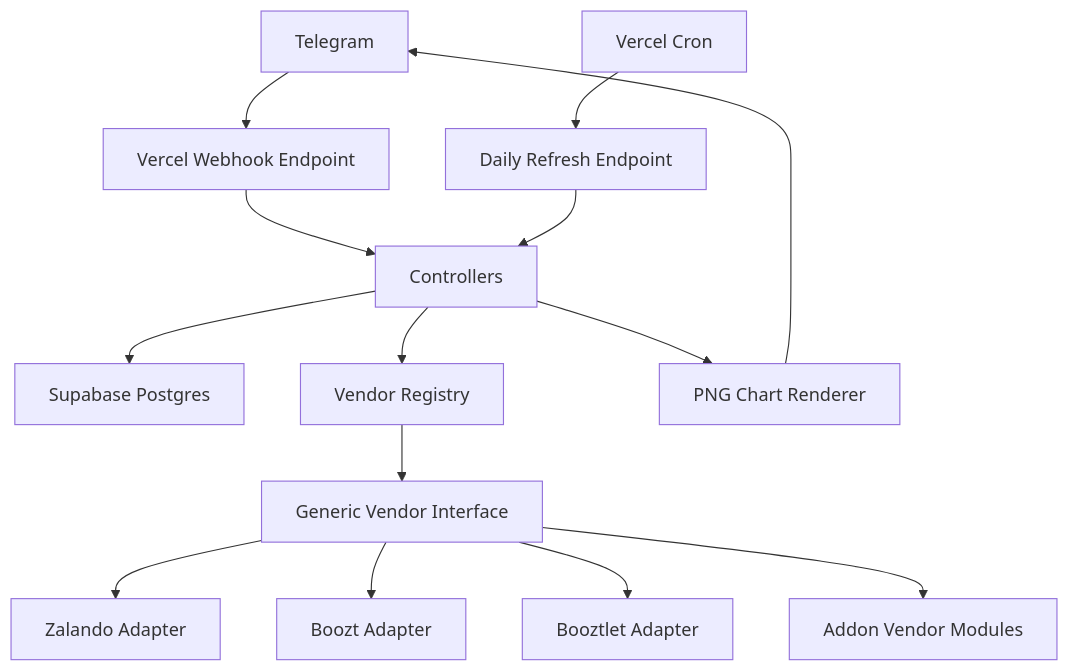
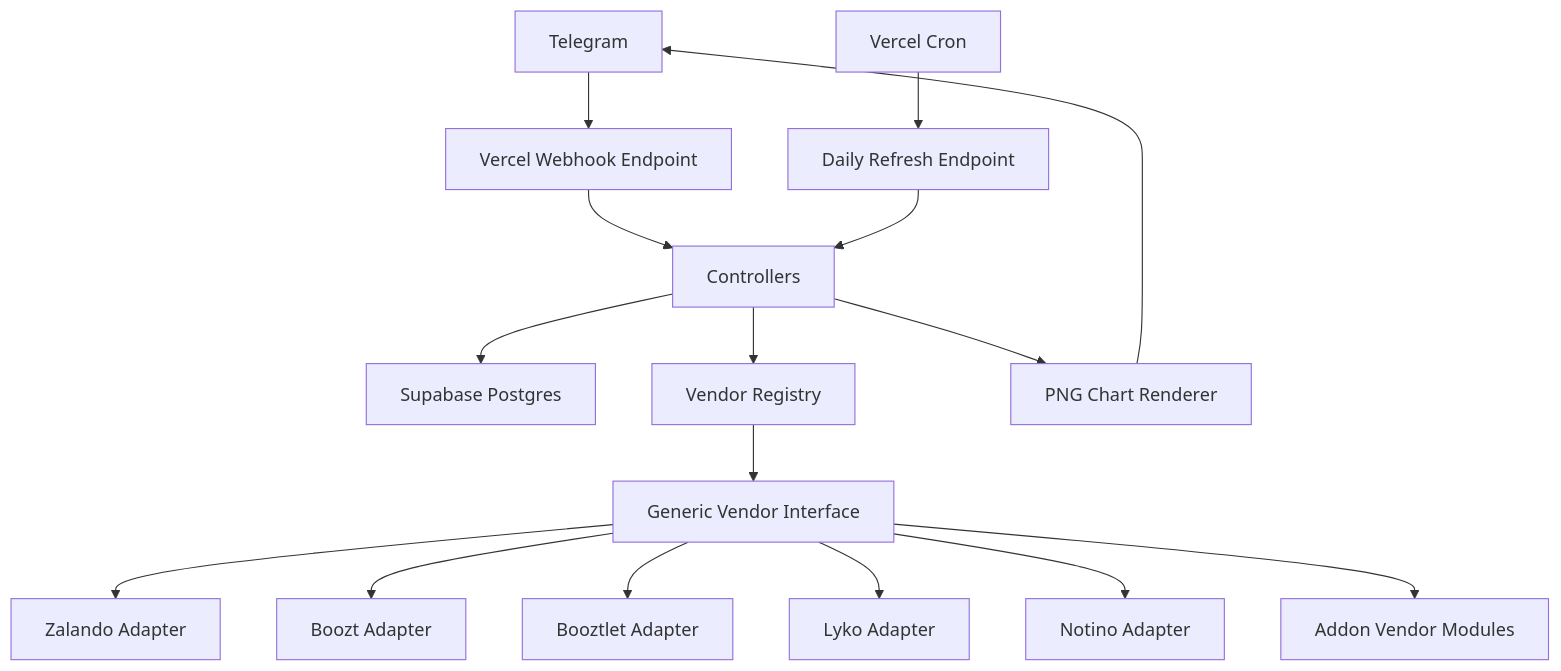
Before and after one commit to minhdangphuoc/ecom-product-price-telegram-bot: the diagram in README.md, drawn with Mermaid. The commit also changed other lines of this file and 4 other files, not shown here.

Commit message:
feat: add Lyko and Notino vendors with support for discount discovery

````diff
--- a/README.md
+++ b/README.md
@@ -31,16 +33,18 @@
 ```mermaid
 flowchart TD
     TG["Telegram"] --> WEBHOOK["Vercel Webhook Endpoint"]
     CRON["Vercel Cron"] --> DAILY["Daily Refresh Endpoint"]
     WEBHOOK --> CTRL["Controllers"]
     DAILY --> CTRL
     CTRL --> DB["Supabase Postgres"]
     CTRL --> REG["Vendor Registry"]
     REG --> GV["Generic Vendor Interface"]
     GV --> Z["Zalando Adapter"]
     GV --> B["Boozt Adapter"]
     GV --> BL["Booztlet Adapter"]
+    GV --> L["Lyko Adapter"]
+    GV --> N["Notino Adapter"]
     GV --> ADDON["Addon Vendor Modules"]
     CTRL --> CHART["PNG Chart Renderer"]
     CHART --> TG
 ```
````
